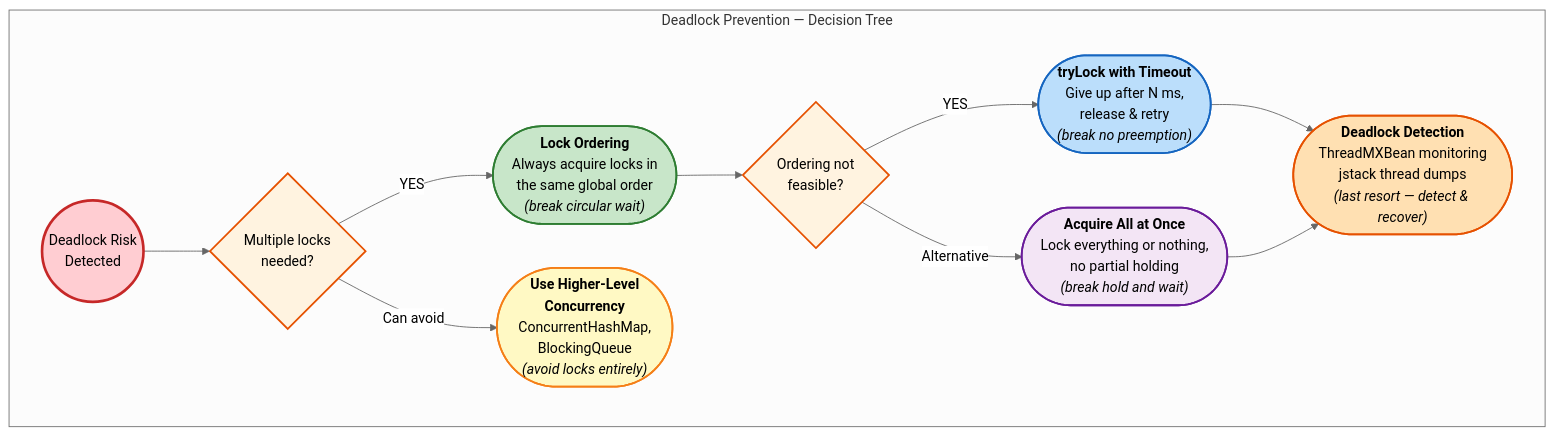
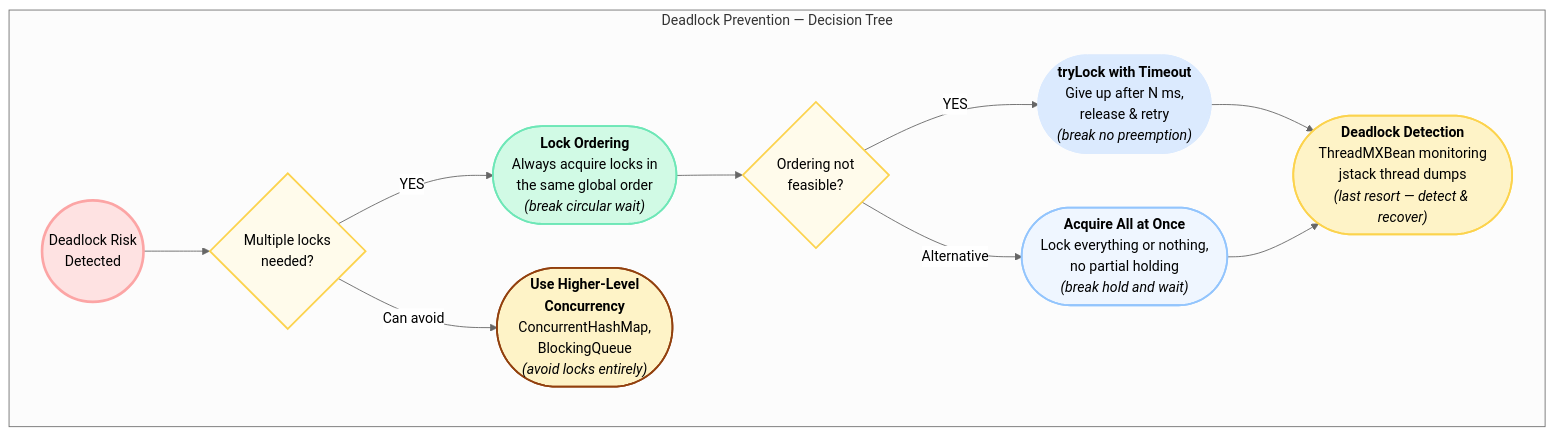
The second of 2 diagrams in docs/java/deadlocks.md (saivamsikaruturi/vamsilabs-dev-notes-main), drawn with Mermaid (neutral theme) before and after one commit. The commit also changed other lines of this file and 220 other files, not shown here.

First line of the commit message:
Add 50+ new Java/Spring Boot pages, rewrite CSS code blocks to Oracle style, fix all diagram colors

````diff
--- a/docs/java/deadlocks.md
+++ b/docs/java/deadlocks.md
@@ -106,27 +106,27 @@
 ```mermaid
 flowchart LR
     subgraph PreventionTree["Deadlock Prevention — Decision Tree"]
         direction LR
         START(("Deadlock Risk<br/>Detected")) --> Q1{"Multiple locks<br/>needed?"}
 
         Q1 -->|"YES"| S1(["<b>Lock Ordering</b><br/>Always acquire locks in<br/>the same global order<br/><i>(break circular wait)</i>"])
         Q1 -->|"Can avoid"| S4(["<b>Use Higher-Level<br/>Concurrency</b><br/>ConcurrentHashMap,<br/>BlockingQueue<br/><i>(avoid locks entirely)</i>"])
 
         S1 --> Q2{"Ordering not<br/>feasible?"}
 
         Q2 -->|"YES"| S2(["<b>tryLock with Timeout</b><br/>Give up after N ms,<br/>release & retry<br/><i>(break no preemption)</i>"])
         Q2 -->|"Alternative"| S3(["<b>Acquire All at Once</b><br/>Lock everything or nothing,<br/>no partial holding<br/><i>(break hold and wait)</i>"])
 
         S2 --> DETECT(["<b>Deadlock Detection</b><br/>ThreadMXBean monitoring<br/>jstack thread dumps<br/><i>(last resort — detect & recover)</i>"])
         S3 --> DETECT
     end
 
-    style START fill:#ffcdd2,stroke:#c62828,stroke-width:3px
-    style Q1 fill:#fff3e0,stroke:#e65100,stroke-width:2px
-    style Q2 fill:#fff3e0,stroke:#e65100,stroke-width:2px
-    style S1 fill:#c8e6c9,stroke:#2e7d32,stroke-width:2px
-    style S2 fill:#bbdefb,stroke:#1565c0,stroke-width:2px
-    style S3 fill:#f3e5f5,stroke:#6a1b9a,stroke-width:2px
-    style S4 fill:#fff9c4,stroke:#f57f17,stroke-width:2px
-    style DETECT fill:#ffe0b2,stroke:#e65100,stroke-width:2px
+    style START fill:#FEE2E2,stroke:#FCA5A5,stroke-width:3px
+    style Q1 fill:#FFFBEB,stroke:#FCD34D,stroke-width:2px
+    style Q2 fill:#FFFBEB,stroke:#FCD34D,stroke-width:2px
+    style S1 fill:#D1FAE5,stroke:#6EE7B7,stroke-width:2px
+    style S2 fill:#DBEAFE,stroke:#DBEAFE,stroke-width:2px
+    style S3 fill:#EFF6FF,stroke:#93C5FD,stroke-width:2px
+    style S4 fill:#FEF3C7,stroke:#92400E,stroke-width:2px
+    style DETECT fill:#FEF3C7,stroke:#FCD34D,stroke-width:2px
 ```
````
